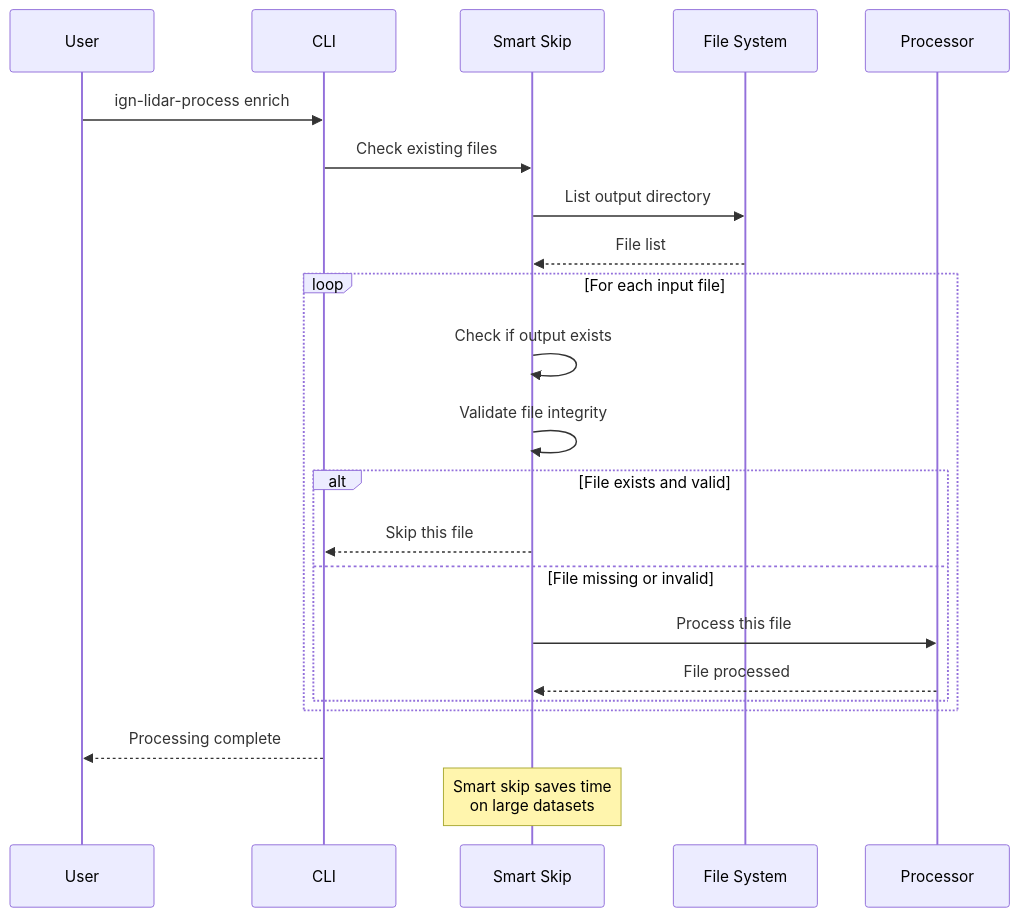
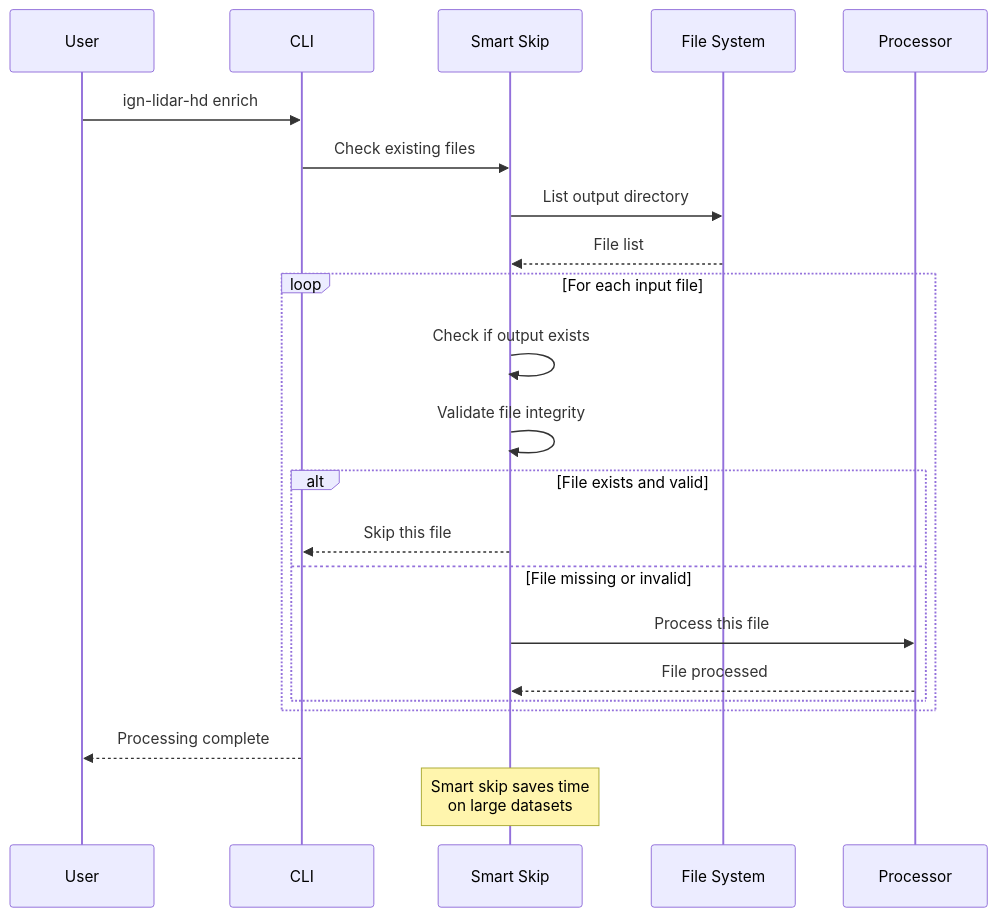
One commit to sducournau/IGN_LIDAR_HD_DATASET changed the second of 6 diagrams in website/docs/workflows.md. Above: the diagram before and after it, drawn with Mermaid. The commit also changed other lines of this file and 52 other files, not shown here.

````diff
--- a/website/docs/workflows.md
+++ b/website/docs/workflows.md
@@ -55,28 +55,28 @@
 ```mermaid
 sequenceDiagram
     participant User
     participant CLI
     participant SkipChecker as Smart Skip
     participant FileSystem as File System
     participant Processor
 
-    User->>CLI: ign-lidar-process enrich
+    User->>CLI: ign-lidar-hd enrich
     CLI->>SkipChecker: Check existing files
     SkipChecker->>FileSystem: List output directory
     FileSystem-->>SkipChecker: File list
 
     loop For each input file
         SkipChecker->>SkipChecker: Check if output exists
         SkipChecker->>SkipChecker: Validate file integrity
         alt File exists and valid
             SkipChecker-->>CLI: Skip this file
         else File missing or invalid
             SkipChecker->>Processor: Process this file
             Processor-->>SkipChecker: File processed
         end
     end
 
     CLI-->>User: Processing complete
 
     Note over SkipChecker: Smart skip saves time<br/>on large datasets
 ```
````
